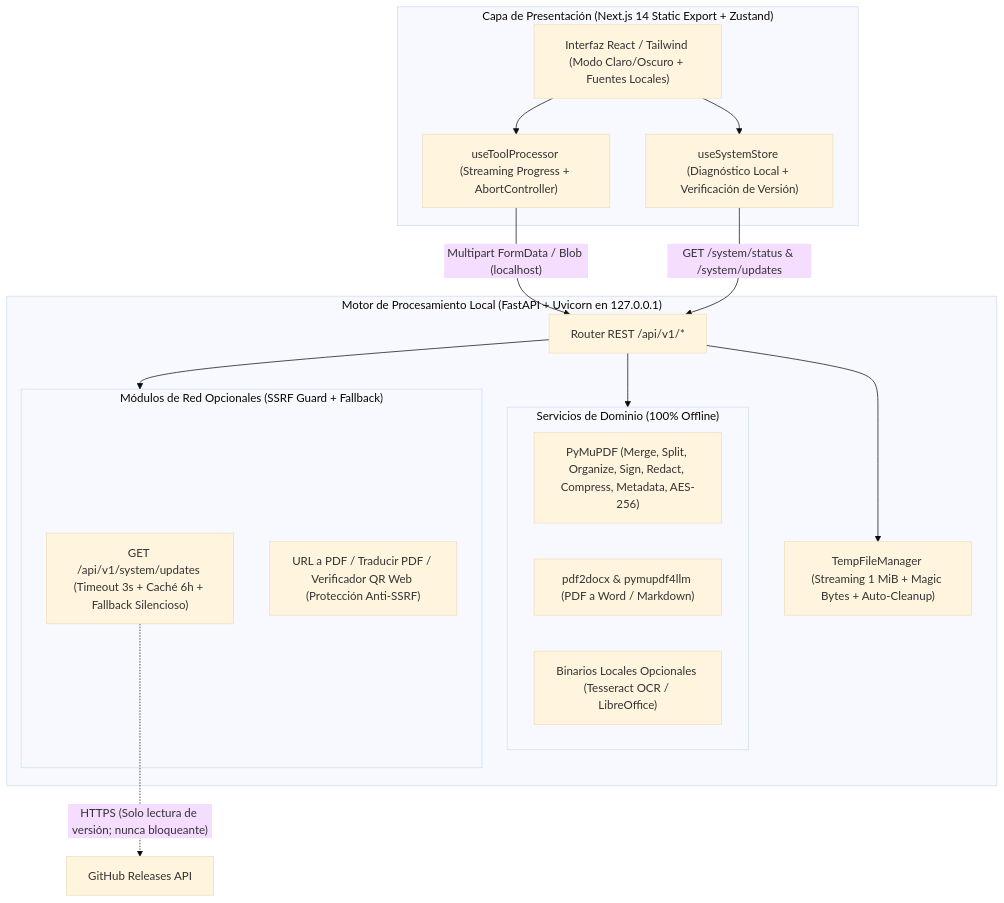
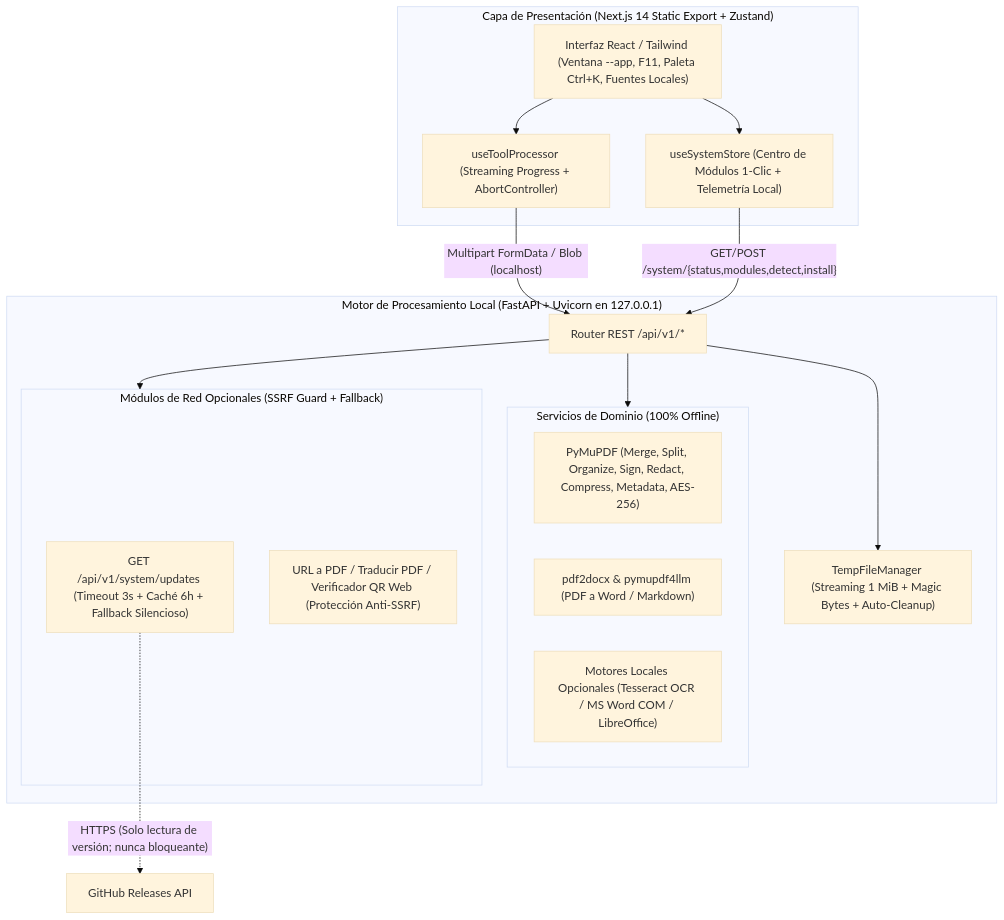
The diagram in README.md (albert-dilas/OpenPDF), drawn with Mermaid (base theme) before and after one commit. The commit also changed other lines of this file and 42 other files, not shown here.

Commit message:
feat: release v2.2.0 with 1-click optional modules assistant, HD icon, MS Word engine and immersive desktop UX

````diff
--- a/README.md
+++ b/README.md
@@ -112,34 +132,34 @@
 ```mermaid
 flowchart TD
     subgraph Client ["Capa de Presentación (Next.js 14 Static Export + Zustand)"]
-        UI["Interfaz React / Tailwind (Modo Claro/Oscuro + Fuentes Locales)"]
+        UI["Interfaz React / Tailwind (Ventana --app, F11, Paleta Ctrl+K, Fuentes Locales)"]
         Hook["useToolProcessor (Streaming Progress + AbortController)"]
-        SysStore["useSystemStore (Diagnóstico Local + Verificación de Versión)"]
+        SysStore["useSystemStore (Centro de Módulos 1-Clic + Telemetría Local)"]
         UI --> Hook
         UI --> SysStore
     end
 
     subgraph Server ["Motor de Procesamiento Local (FastAPI + Uvicorn en 127.0.0.1)"]
         API["Router REST /api/v1/*"]
         TempMgr["TempFileManager (Streaming 1 MiB + Magic Bytes + Auto-Cleanup)"]
         
         subgraph CoreServices ["Servicios de Dominio (100% Offline)"]
             Fitz["PyMuPDF (Merge, Split, Organize, Sign, Redact, Compress, Metadata, AES-256)"]
             Docx["pdf2docx & pymupdf4llm (PDF a Word / Markdown)"]
-            Bins["Binarios Locales Opcionales (Tesseract OCR / LibreOffice)"]
+            Bins["Motores Locales Opcionales (Tesseract OCR / MS Word COM / LibreOffice)"]
         end
 
         subgraph OnlineModule ["Módulos de Red Opcionales (SSRF Guard + Fallback)"]
             Upd["GET /api/v1/system/updates (Timeout 3s + Caché 6h + Fallback Silencioso)"]
             NetTools["URL a PDF / Traducir PDF / Verificador QR Web (Protección Anti-SSRF)"]
         end
 
         API --> TempMgr
         API --> CoreServices
         API --> OnlineModule
     end
 
     Hook -- "Multipart FormData / Blob (localhost)" --> API
-    SysStore -- "GET /system/status & /system/updates" --> API
+    SysStore -- "GET/POST /system/{status,modules,detect,install}" --> API
     Upd -. "HTTPS (Solo lectura de versión; nunca bloqueante)" .-> GH["GitHub Releases API"]
 ```
````
